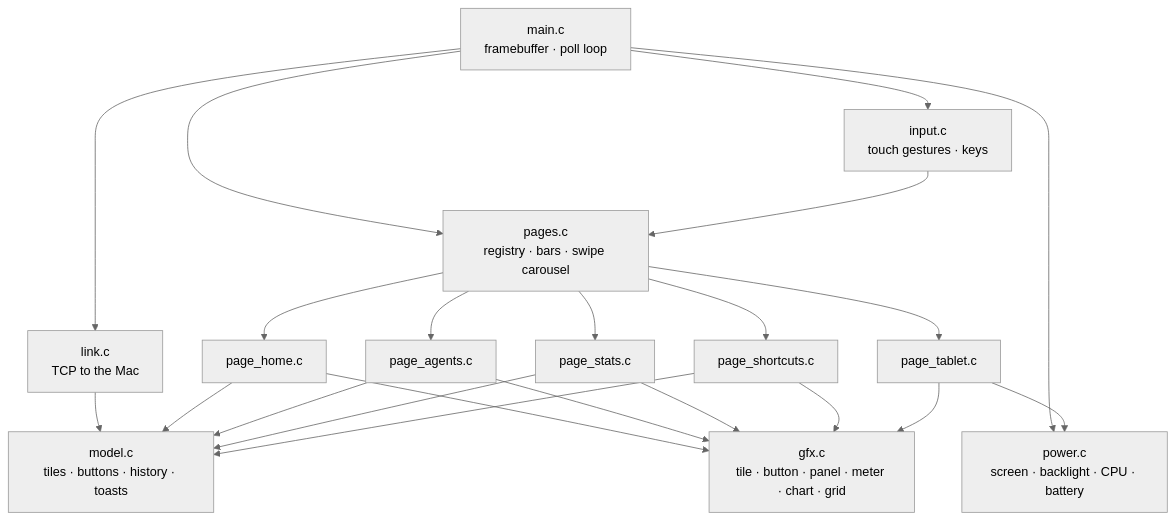
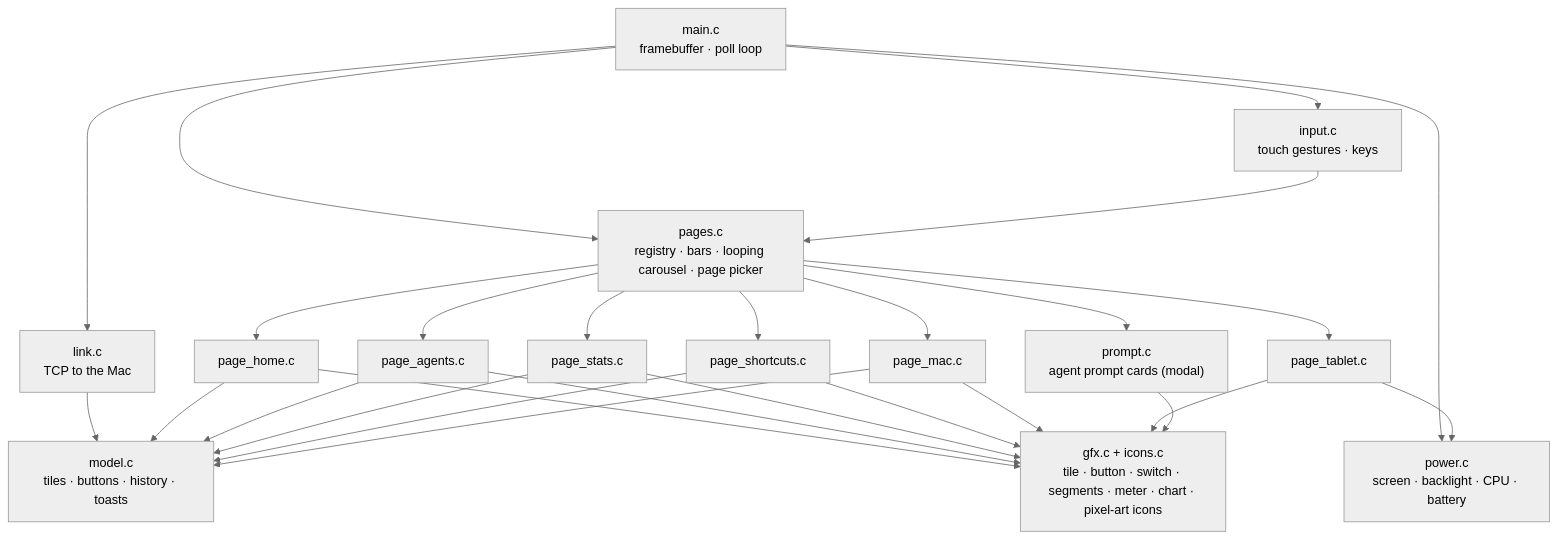
The fourth of 6 diagrams in README.md (KhaledSaeed18/macdeck), drawn with Mermaid (neutral theme) before and after one commit. The commit also changed other lines of this file, not shown here.

Commit message:
docs(readme): roadmap, module diagram, layout and examples match v3.8

````diff
--- a/README.md
+++ b/README.md
@@ -128,13 +128,14 @@
 ```mermaid
 flowchart TB
     MAIN["main.c<br/>framebuffer · poll loop"] --> LINK["link.c<br/>TCP to the Mac"]
     MAIN --> INPUT["input.c<br/>touch gestures · keys"]
     MAIN --> POWER["power.c<br/>screen · backlight · CPU · battery"]
-    MAIN --> PAGES["pages.c<br/>registry · bars · swipe carousel"]
+    MAIN --> PAGES["pages.c<br/>registry · bars · looping carousel · page picker"]
+    PAGES --> PROMPT["prompt.c<br/>agent prompt cards (modal)"]
     LINK --> MODEL["model.c<br/>tiles · buttons · history · toasts"]
     INPUT --> PAGES
-    PAGES --> P1["page_home.c"] & P5["page_agents.c"] & P2["page_stats.c"] & P3["page_shortcuts.c"] & P4["page_tablet.c"]
-    P1 & P5 & P2 & P3 & P4 --> GFX["gfx.c<br/>tile · button · panel · meter · chart · grid"]
-    P1 & P5 & P2 & P3 --> MODEL
+    PAGES --> P1["page_home.c"] & P5["page_agents.c"] & P2["page_stats.c"] & P3["page_shortcuts.c"] & P6["page_mac.c"] & P4["page_tablet.c"]
+    P1 & P5 & P2 & P3 & P6 & P4 & PROMPT --> GFX["gfx.c + icons.c<br/>tile · button · switch · segments · meter · chart · pixel-art icons"]
+    P1 & P5 & P2 & P3 & P6 --> MODEL
     P4 --> POWER
 ```
````
